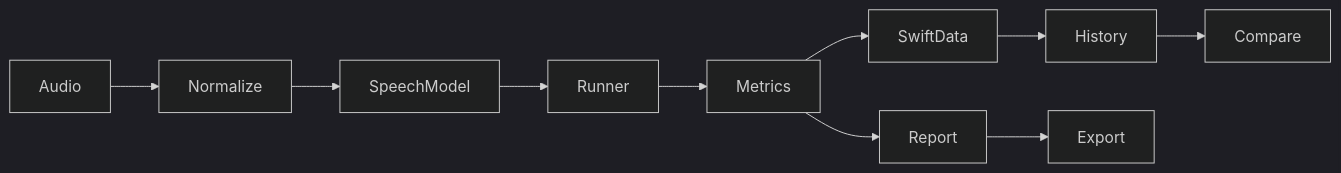
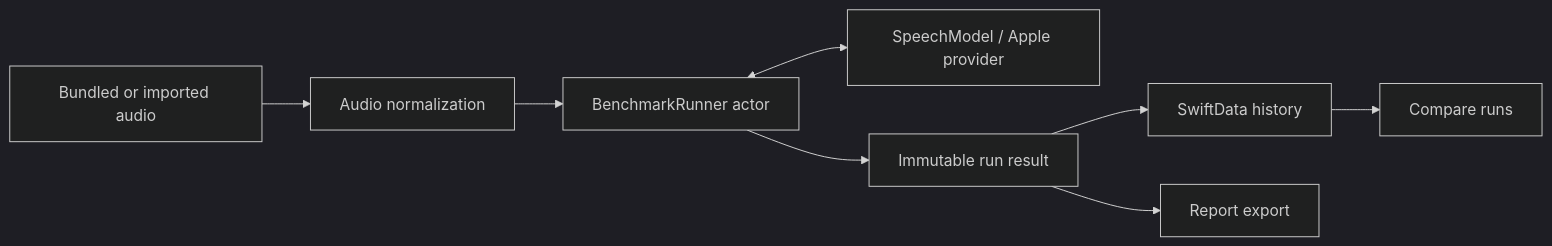
The diagram in README.md (mrnoise6848/EdgeSpeechBench), drawn with Mermaid (dark theme) before and after one commit. The commit also changed other lines of this file, not shown here.

Commit message:
docs: clarify speech measurement boundaries and evidence

````diff
--- a/README.md
+++ b/README.md
@@ -13,7 +41,10 @@
 ```mermaid
 flowchart LR
-    Audio --> Normalize --> SpeechModel --> Runner
-    Runner --> Metrics --> SwiftData
-    SwiftData --> History --> Compare
-    Metrics --> Report --> Export
+    Audio[Bundled or imported audio] --> Normalize[Audio normalization]
+    Normalize --> Runner[BenchmarkRunner actor]
+    Runner <--> Model[SpeechModel / Apple provider]
+    Runner --> Result[Immutable run result]
+    Result --> Store[SwiftData history]
+    Store --> Compare[Compare runs]
+    Result --> Export[Report export]
 ```
````
